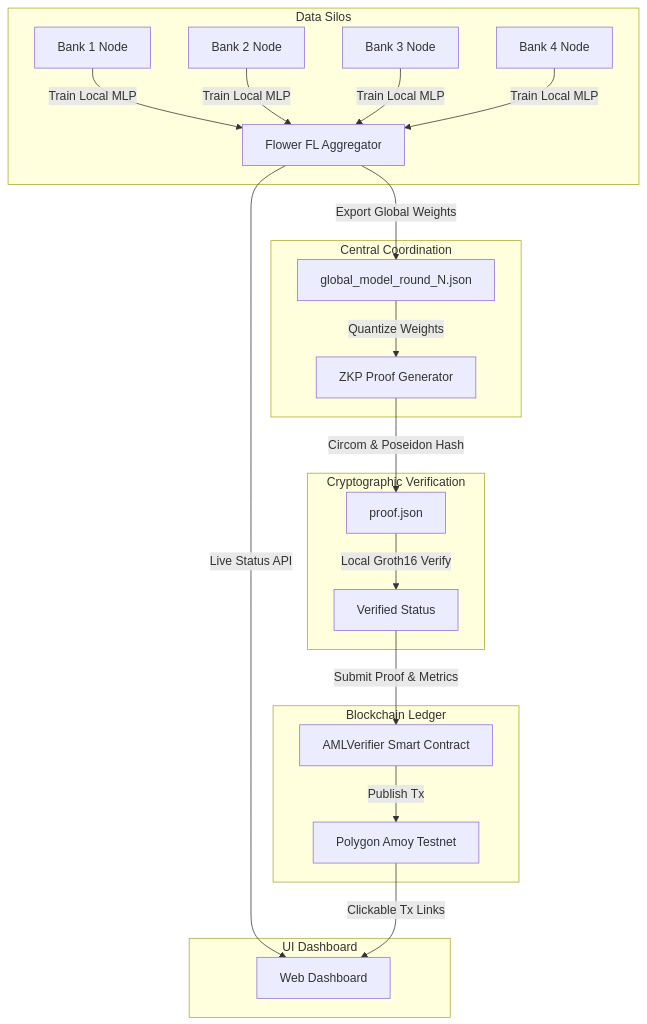
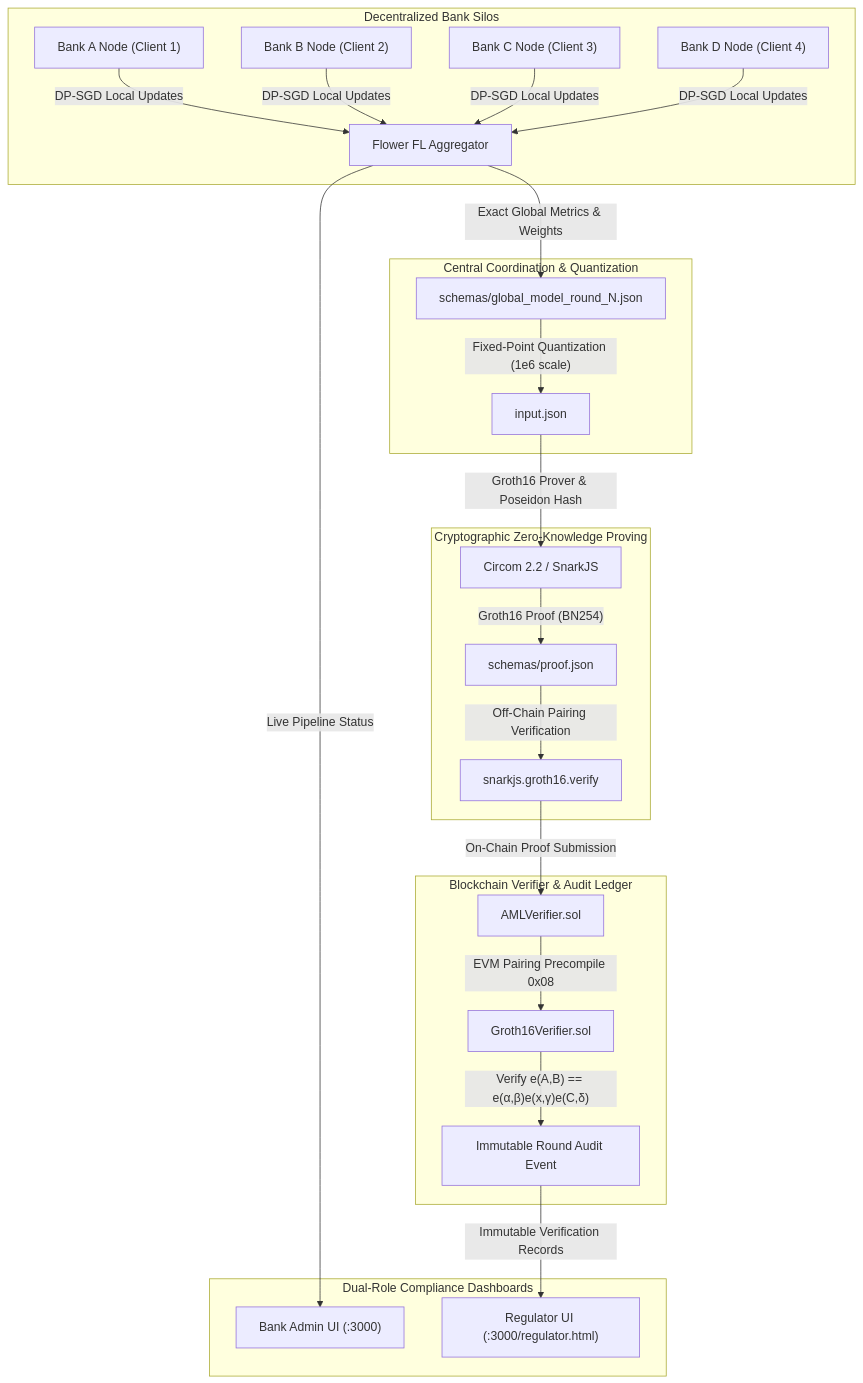
The diagram in README.md (Keeru-2005/Verifiable-Federated-Intelligence), drawn with Mermaid before and after one commit. The commit also changed other lines of this file and 80 other files, not shown here.

First line of the commit message:
feat(vfi): implement genuine ZK-SNARK verification, DP-SGD, 45 automated tests, and repo cleanup

````diff
--- a/README.md
+++ b/README.md
@@ -9,29 +14,31 @@
 ```mermaid
 graph TD
-    subgraph Data Silos
-        B1[Bank 1 Node] -->|Train Local MLP| FLServer[Flower FL Aggregator]
-        B2[Bank 2 Node] -->|Train Local MLP| FLServer
-        B3[Bank 3 Node] -->|Train Local MLP| FLServer
-        B4[Bank 4 Node] -->|Train Local MLP| FLServer
+    subgraph Decentralized Bank Silos
+        B1["Bank A Node (Client 1)"] -->|"DP-SGD Local Updates"| FLServer["Flower FL Aggregator"]
+        B2["Bank B Node (Client 2)"] -->|"DP-SGD Local Updates"| FLServer
+        B3["Bank C Node (Client 3)"] -->|"DP-SGD Local Updates"| FLServer
+        B4["Bank D Node (Client 4)"] -->|"DP-SGD Local Updates"| FLServer
     end
 
-    subgraph Central Coordination
-        FLServer -->|Export Global Weights| JSON[global_model_round_N.json]
-        JSON -->|Quantize Weights| ZKEngine[ZKP Proof Generator]
+    subgraph Central Coordination & Quantization
+        FLServer -->|"Exact Global Metrics & Weights"| JSON["schemas/global_model_round_N.json"]
+        JSON -->|"Fixed-Point Quantization (1e6 scale)"| ZKInputs["input.json"]
     end
 
-    subgraph Cryptographic Verification
-        ZKEngine -->|Circom & Poseidon Hash| Proof[proof.json]
-        Proof -->|Local Groth16 Verify| Verified[Verified Status]
+    subgraph Cryptographic Zero-Knowledge Proving
+        ZKInputs -->|"Groth16 Prover & Poseidon Hash"| SnarkEngine["Circom 2.2 / SnarkJS"]
+        SnarkEngine -->|"Groth16 Proof (BN254)"| Proof["schemas/proof.json"]
+        Proof -->|"Off-Chain Pairing Verification"| OffChainVerify["snarkjs.groth16.verify"]
     end
 
-    subgraph Blockchain Ledger
-        Verified -->|Submit Proof & Metrics| Contract[AMLVerifier Smart Contract]
-        Contract -->|Publish Tx| Amoy[Polygon Amoy Testnet]
+    subgraph Blockchain Verifier & Audit Ledger
+        OffChainVerify -->|"On-Chain Proof Submission"| AMLContract["AMLVerifier.sol"]
+        AMLContract -->|"EVM Pairing Precompile 0x08"| Groth16Contract["Groth16Verifier.sol"]
+        Groth16Contract -->|"Verify e(A,B) == e(α,β)e(x,γ)e(C,δ)"| Ledger["Immutable Round Audit Event"]
     end
 
-    subgraph UI Dashboard
-        FLServer -->|Live Status API| WebDash[Web Dashboard]
-        Amoy -->|Clickable Tx Links| WebDash
+    subgraph Dual-Role Compliance Dashboards
+        FLServer -->|"Live Pipeline Status"| BankAdmin["Bank Admin UI (:3000)"]
+        Ledger -->|"Immutable Verification Records"| Regulator["Regulator UI (:3000/regulator.html)"]
     end
 ```
````
